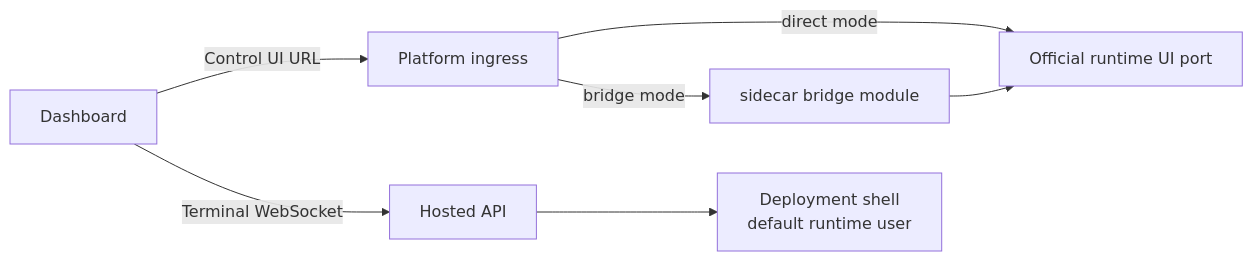
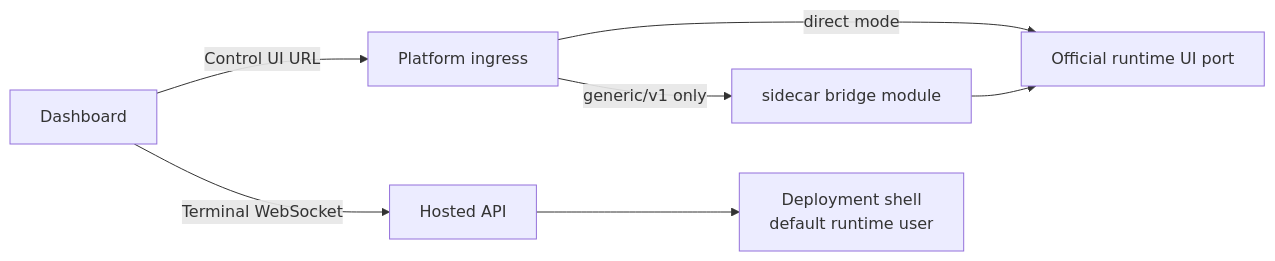
One commit to Clawdi-AI/clawdi changed the second of 2 diagrams in docs/managed-runtime.md. Above: the diagram before and after it, drawn with Mermaid. The commit also changed other lines of this file and 31 other files, not shown here.

````diff
--- a/docs/managed-runtime.md
+++ b/docs/managed-runtime.md
@@ -762,9 +822,9 @@
 ```mermaid
 flowchart LR
     Dashboard[Dashboard] -->|Control UI URL| Ingress[Platform ingress]
     Ingress -->|direct mode| RuntimeUI[Official runtime UI port]
-    Ingress -->|bridge mode| Bridge[sidecar bridge module]
+    Ingress -->|generic/v1 only| Bridge[sidecar bridge module]
     Bridge --> RuntimeUI
     Dashboard -->|Terminal WebSocket| HostedAPI[Hosted API]
     HostedAPI --> Shell[Deployment shell<br/>default runtime user]
 ```
````
